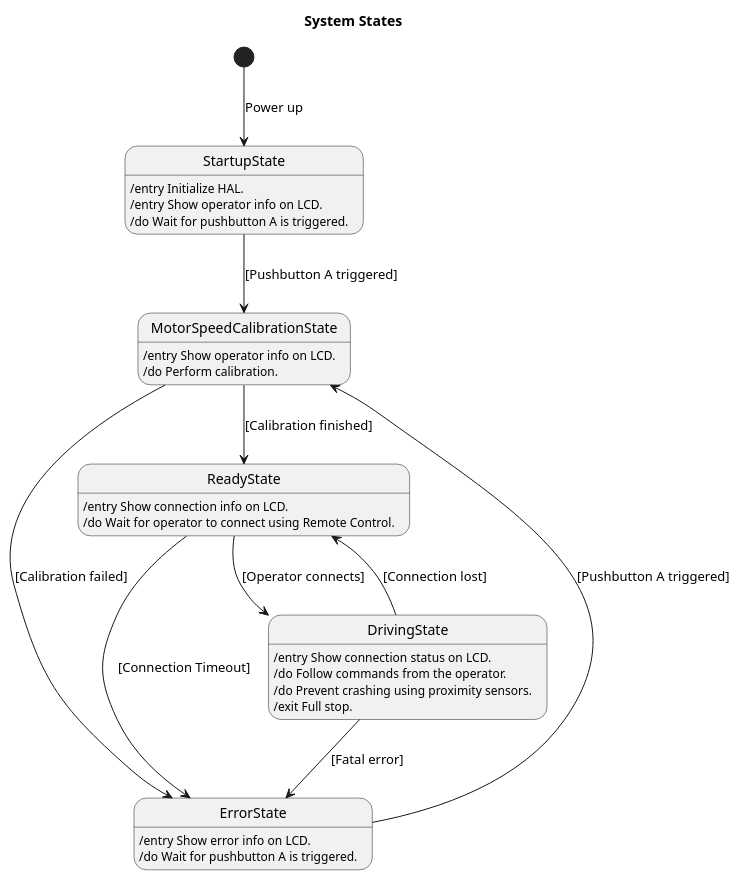
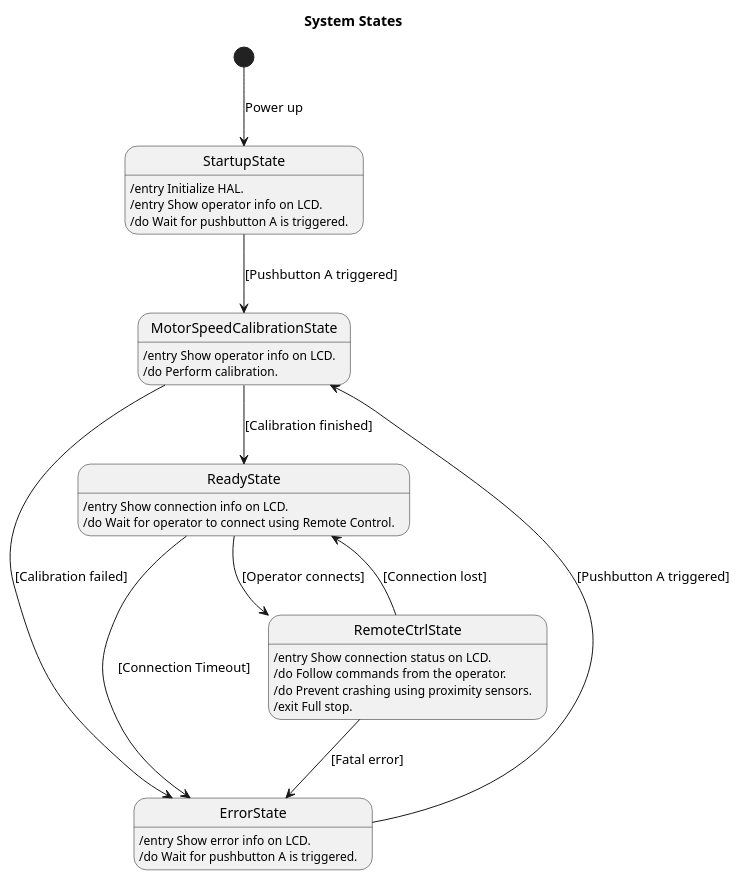
The diagram in doc/architecture/uml/ProcessView/RemoteControl/SystemStates2.plantuml (BlueAndi/RadonUlzer), drawn with PlantUML before and after one commit. The commit also changed 5 other files, not shown here.

Commit message:
RemoteControl app supports the following channels: * Receiving commands, e.g. used to start a calibration: "REMOTE_CMD" * Sending command responses: "REMOTE_RSP" * Receiving motor speeds (left/right): "MOTOR_SPEEDS" * Sending line sensors data (0-4): "LINE_SENSORS"

```diff
--- a/doc/architecture/uml/ProcessView/RemoteControl/SystemStates2.plantuml
+++ b/doc/architecture/uml/ProcessView/RemoteControl/SystemStates2.plantuml
@@ -1,33 +1,33 @@
 @startuml RemoteControl System States
 
 title System States
 
 state StartupState: /entry Initialize HAL.
 state StartupState: /entry Show operator info on LCD.
 state StartupState: /do Wait for pushbutton A is triggered.
 
 state MotorSpeedCalibrationState: /entry Show operator info on LCD.
 state MotorSpeedCalibrationState: /do Perform calibration.
 
 state ErrorState: /entry Show error info on LCD.
 state ErrorState: /do Wait for pushbutton A is triggered.
 
 state ReadyState: /entry Show connection info on LCD.
 state ReadyState: /do Wait for operator to connect using Remote Control.
 
-state DrivingState: /entry Show connection status on LCD.
-state DrivingState: /do Follow commands from the operator.
-state DrivingState: /do Prevent crashing using proximity sensors.
-state DrivingState: /exit Full stop.
+state RemoteCtrlState: /entry Show connection status on LCD.
+state RemoteCtrlState: /do Follow commands from the operator.
+state RemoteCtrlState: /do Prevent crashing using proximity sensors.
+state RemoteCtrlState: /exit Full stop.
 
 [*] --> StartupState: Power up
 StartupState --> MotorSpeedCalibrationState: [Pushbutton A triggered]
 MotorSpeedCalibrationState --> ReadyState: [Calibration finished]
 MotorSpeedCalibrationState --> ErrorState: [Calibration failed]
-ReadyState --> DrivingState: [Operator connects]
-DrivingState --> ReadyState: [Connection lost]
+ReadyState --> RemoteCtrlState: [Operator connects]
+RemoteCtrlState --> ReadyState: [Connection lost]
 ErrorState --> MotorSpeedCalibrationState: [Pushbutton A triggered]
 ReadyState --> ErrorState: [Connection Timeout]
-DrivingState --> ErrorState: [Fatal error]
+RemoteCtrlState --> ErrorState: [Fatal error]
 
 @enduml
```
